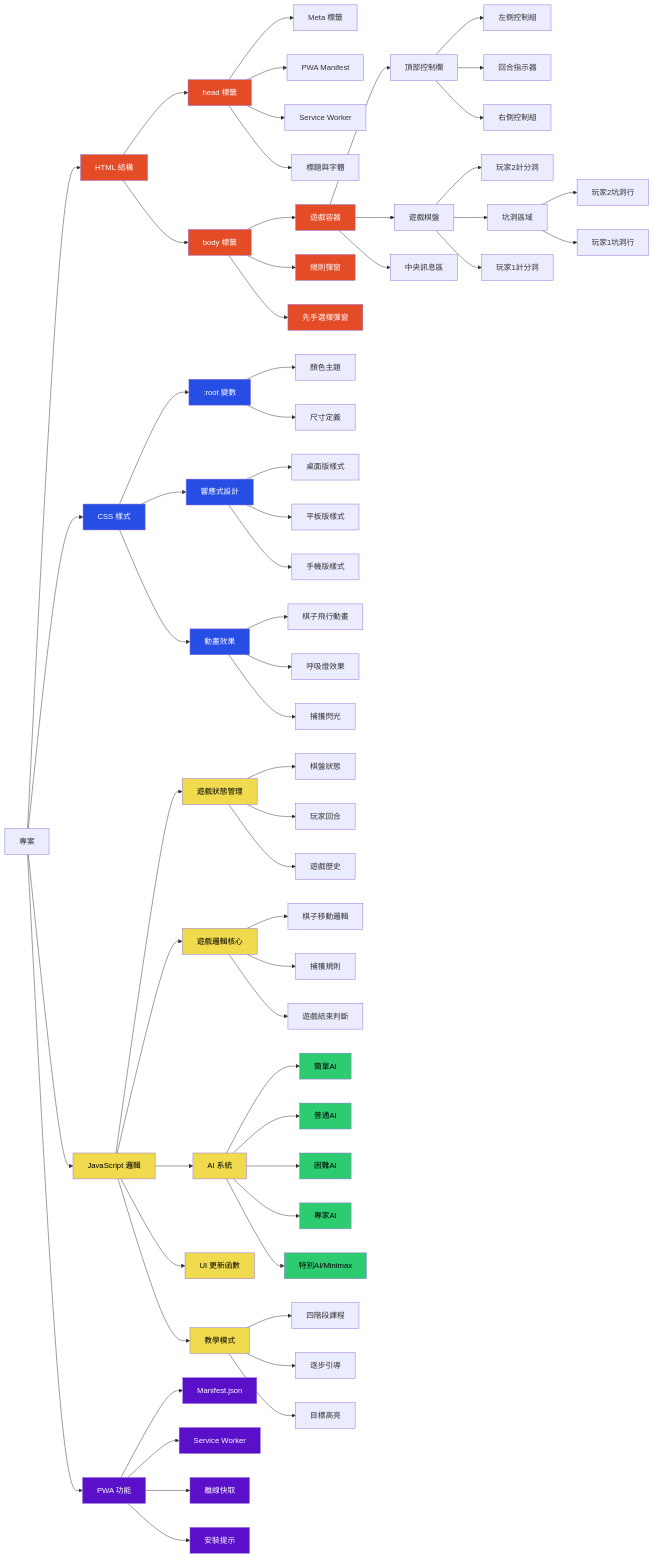
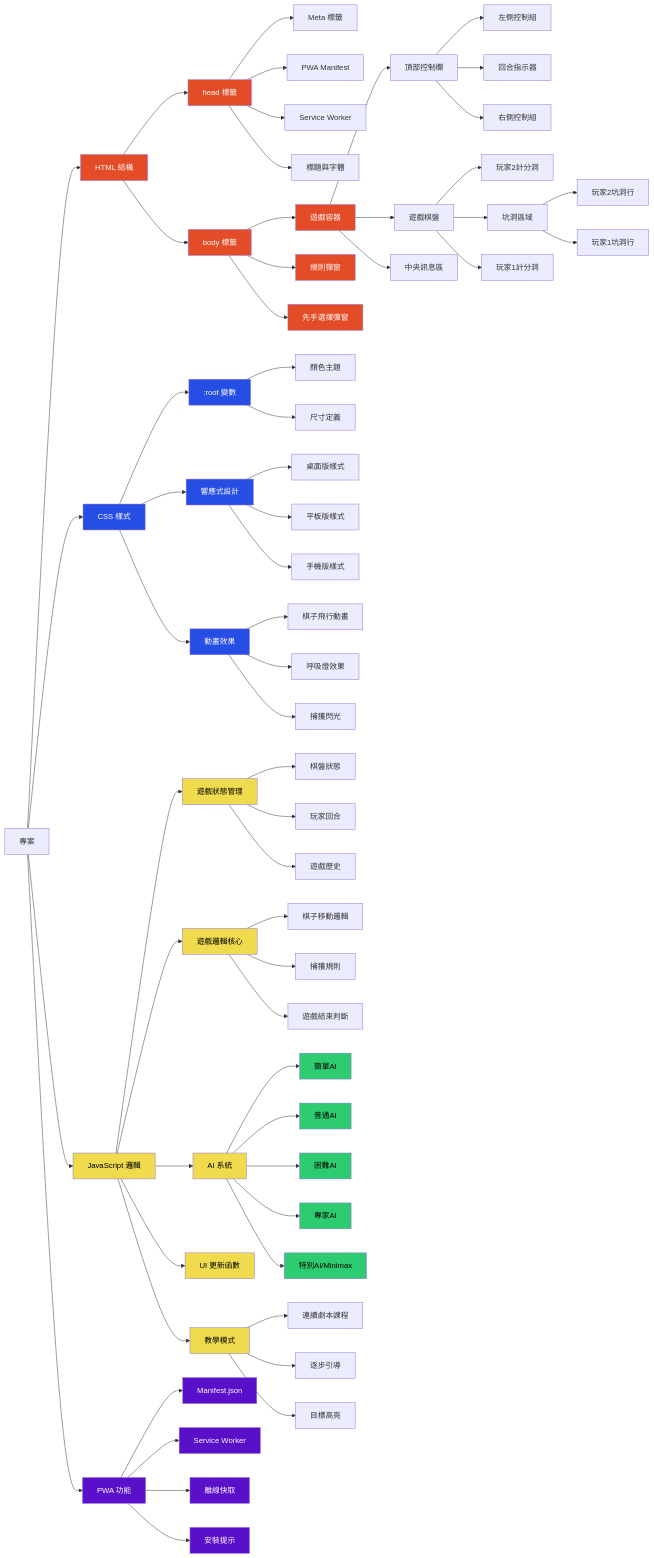
Before and after one commit to peter-qiu48763/mancala-test: the diagram in README.md, drawn with Mermaid.

Commit message:
Update course title in README

```diff
--- a/README.md
+++ b/README.md
@@ -174,7 +174,7 @@
     D3 --> D3d[專家AI]
     D3 --> D3e[特別AI/Minimax]
     
-    D5 --> D5a[四階段課程]
+    D5 --> D5a[連續劇本課程]
     D5 --> D5b[逐步引導]
     D5 --> D5c[目標高亮]
     
```
